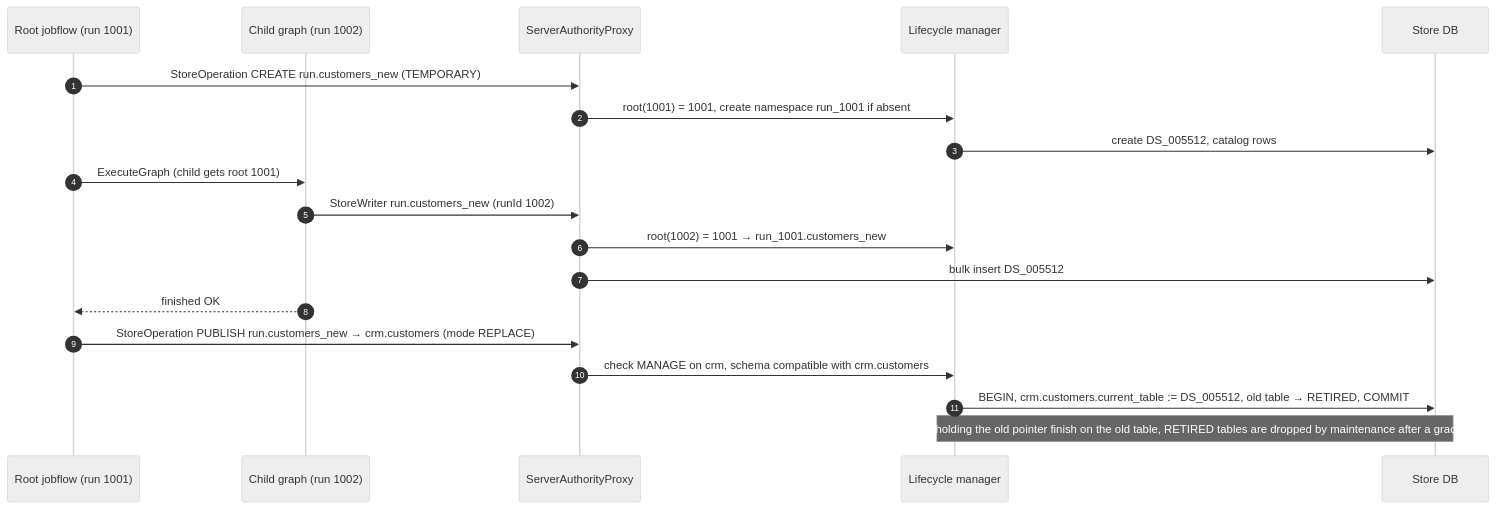
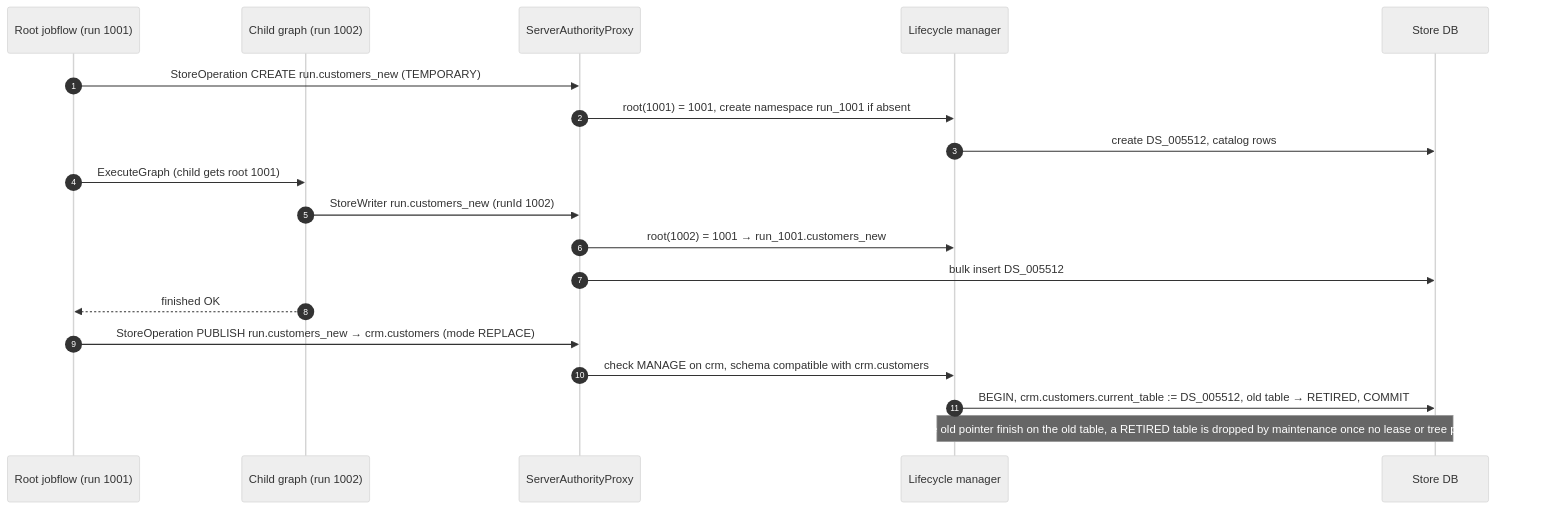
The first of 2 diagrams in spec/07-run-namespaces.md (dpavlis/clover-datastore), drawn with Mermaid (neutral theme) before and after one commit. The commit also changed other lines of this file and 5 other files, not shown here.

First line of the commit message:
Propose D32: lease registry and per-tree pins

````diff
--- a/spec/07-run-namespaces.md
+++ b/spec/07-run-namespaces.md
@@ -66,22 +66,22 @@
 ```mermaid
 sequenceDiagram
   autonumber
   participant JF as Root jobflow (run 1001)
   participant C1 as Child graph (run 1002)
   participant AP as ServerAuthorityProxy
   participant LC as Lifecycle manager
   participant DB as Store DB
 
   JF->>AP: StoreOperation CREATE run.customers_new (TEMPORARY)
   AP->>LC: root(1001) = 1001, create namespace run_1001 if absent
   LC->>DB: create DS_005512, catalog rows
   JF->>C1: ExecuteGraph (child gets root 1001)
   C1->>AP: StoreWriter run.customers_new (runId 1002)
   AP->>LC: root(1002) = 1001 → run_1001.customers_new
   AP->>DB: bulk insert DS_005512
   C1-->>JF: finished OK
   JF->>AP: StoreOperation PUBLISH run.customers_new → crm.customers (mode REPLACE)
   AP->>LC: check MANAGE on crm, schema compatible with crm.customers
   LC->>DB: BEGIN, crm.customers.current_table := DS_005512, old table → RETIRED, COMMIT
-  Note over LC,DB: readers holding the old pointer finish on the old table, RETIRED tables are dropped by maintenance after a grace period
+  Note over LC,DB: readers holding the old pointer finish on the old table, a RETIRED table is dropped by maintenance once no lease or tree pin refers to it (D32)
 ```
````
